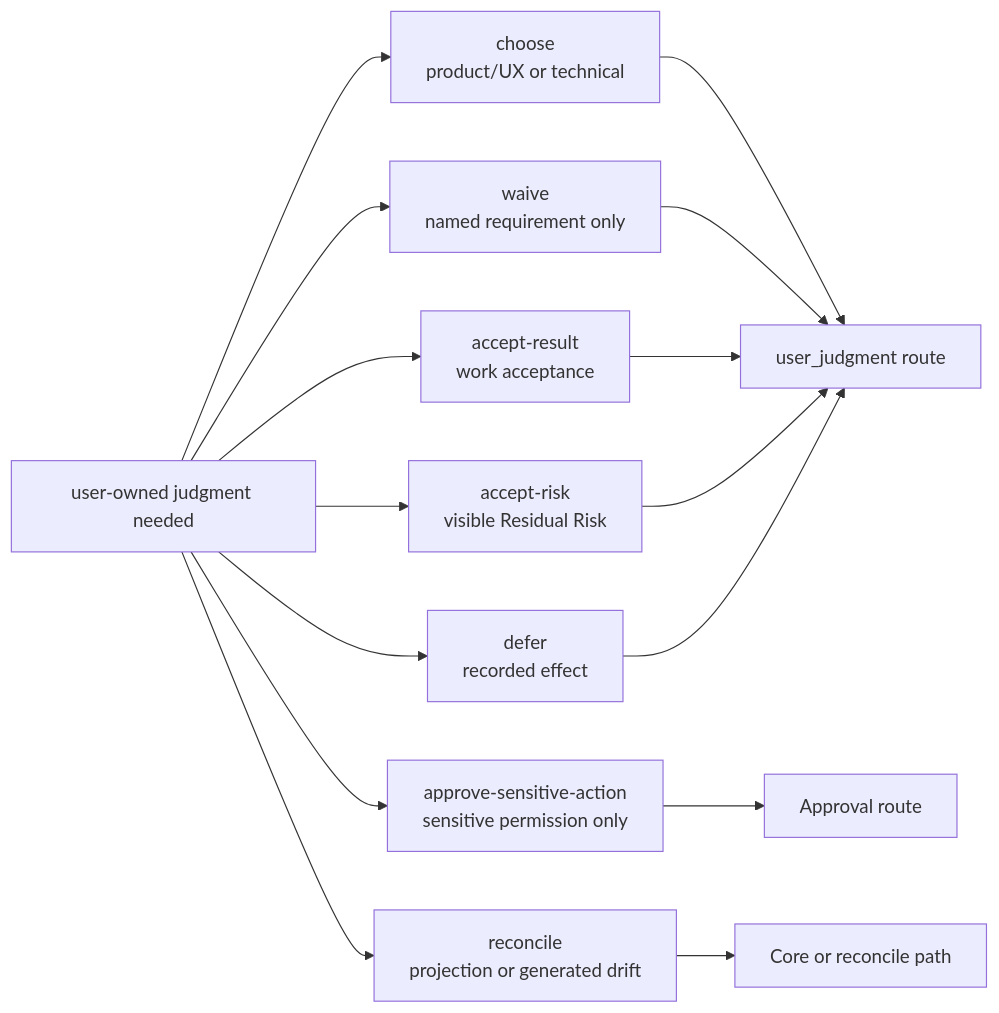
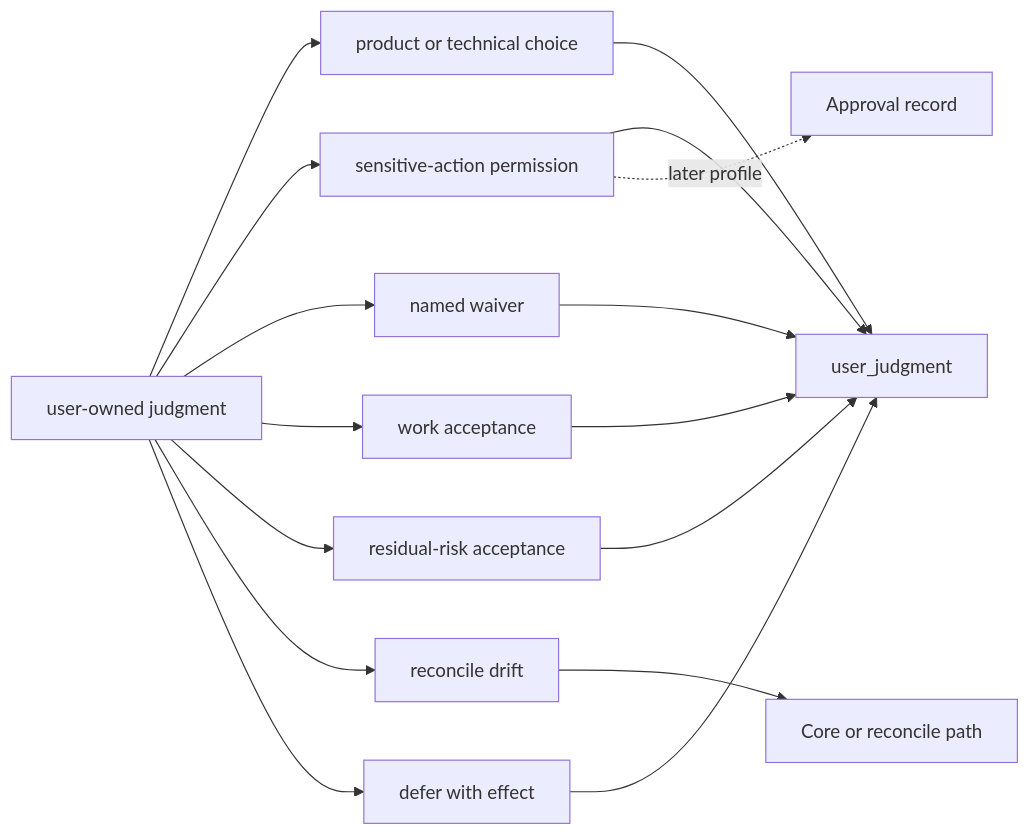
One commit to minjungw00/Harness_Project changed the first of 3 diagrams in docs/en/reference/core-model.md. Above: the diagram before and after it, drawn with Mermaid. The commit also changed other lines of this file and 15 other files, not shown here.

Commit message:
docs: simplify and audit Harness diagrams

````diff
--- a/docs/en/reference/core-model.md
+++ b/docs/en/reference/core-model.md
@@ -132,19 +132,19 @@
 ```mermaid
 flowchart LR
-  Need["user-owned judgment needed"]
-  Need --> Choose["choose<br/>product/UX or technical"]
-  Need --> Approve["approve-sensitive-action<br/>sensitive permission only"]
-  Need --> Waive["waive<br/>named requirement only"]
-  Need --> Accept["accept-result<br/>work acceptance"]
-  Need --> Risk["accept-risk<br/>visible Residual Risk"]
-  Need --> Reconcile["reconcile<br/>projection or generated drift"]
-  Need --> Defer["defer<br/>recorded effect"]
+  Need["user-owned judgment"] --> Choose["product or technical choice"]
+  Need --> Approve["sensitive-action permission"]
+  Need --> Waive["named waiver"]
+  Need --> Accept["work acceptance"]
+  Need --> Risk["residual-risk acceptance"]
+  Need --> Reconcile["reconcile drift"]
+  Need --> Defer["defer with effect"]
 
-  Choose --> Decision["user_judgment route"]
-  Waive --> Decision
-  Accept --> Decision
-  Risk --> Decision
-  Defer --> Decision
-  Approve --> Approval["Approval route"]
+  Choose --> Judgment["user_judgment"]
+  Approve --> Judgment
+  Waive --> Judgment
+  Accept --> Judgment
+  Risk --> Judgment
+  Defer --> Judgment
+  Approve -. later profile .-> Approval["Approval record"]
   Reconcile --> CorePath["Core or reconcile path"]
 ```
````
